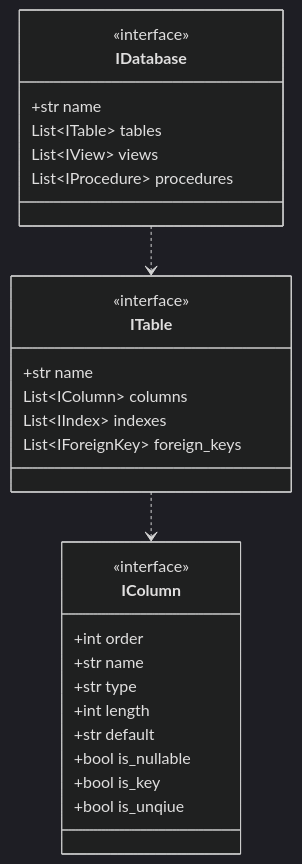
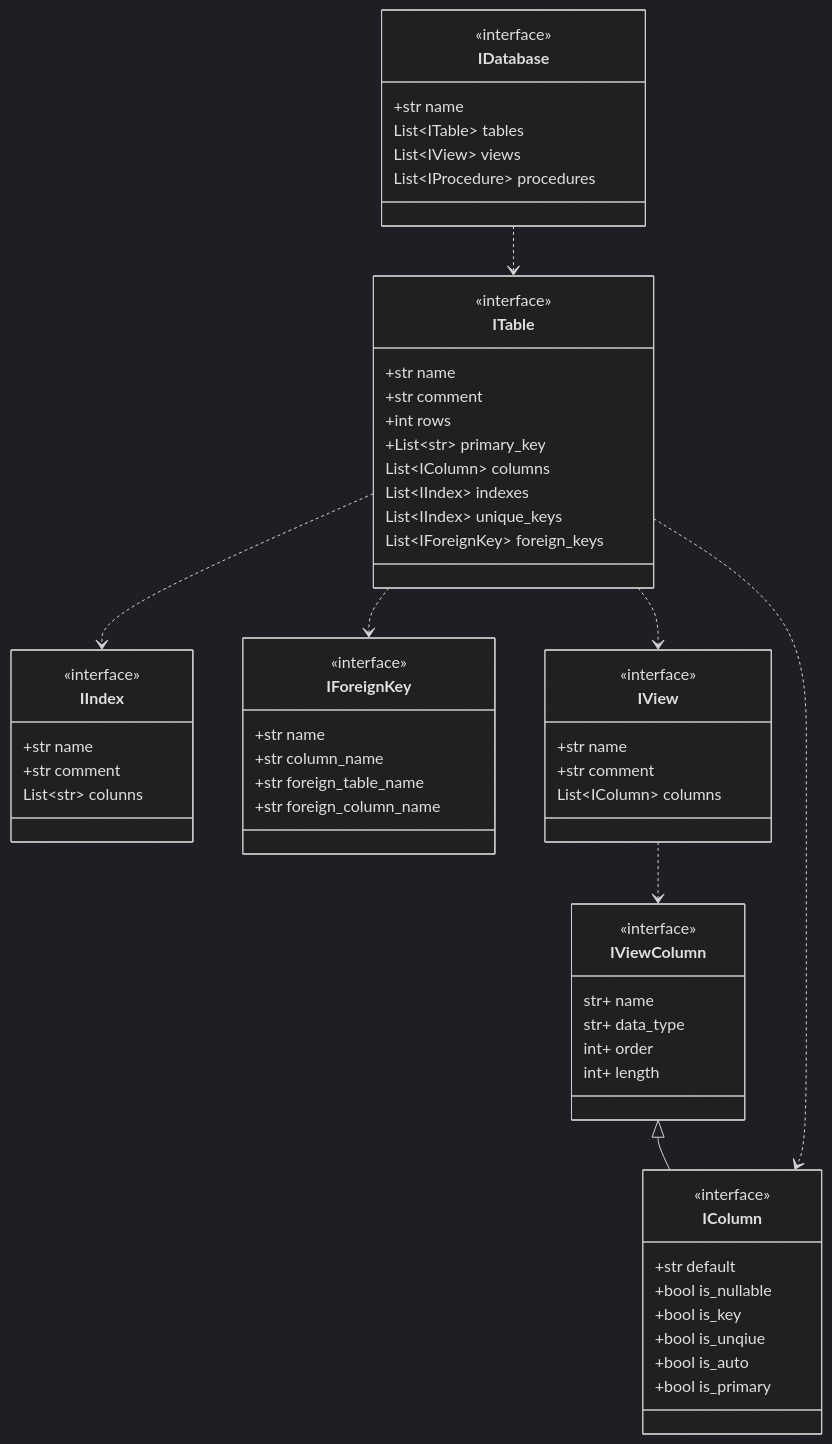
Before and after one commit to dooley-ch/hi-henry: the fifth of 6 diagrams in README.md, drawn with Mermaid (dark theme). The commit also changed other lines of this file, not shown here.

````diff
--- a/README.md
+++ b/README.md
@@ -213,34 +213,72 @@
 ```mermaid
     classDiagram
+    
+    class IViewColumn{
+        <<interface>>
+        str+ name
+        str+ data_type
+        int+ order
+        int+ length
+    }
+    
+    class IColumn{
+        <<interface>>
+        +str default
+        +bool is_nullable
+        +bool is_key
+        +bool is_unqiue
+        +bool is_auto
+        +bool is_primary
+    }   
+    
+    IViewColumn <|-- IColumn
+    
+    class IIndex{
+        <<interface>>
+        +str name
+        +str comment
+        List~str~ colunns
+    }
+    
+    class IForeignKey{
+        <<interface>>
+        +str name
+        +str column_name
+        +str foreign_table_name
+        +str foreign_column_name
+    }
     
     class ITable{
         <<interface>>
         +str name
+        +str comment
+        +int rows
+        +List~str~ primary_key
         List~IColumn~ columns
         List~IIndex~ indexes
+        List~IIndex~ unique_keys
         List~IForeignKey~ foreign_keys 
+    }
+          
+    class IView{
+        <<interface>>
+        +str name
+        +str comment
+        List~IColumn~ columns
     }
             
     class IDatabase{
         <<interface>>
         +str name
         List~ITable~ tables
         List~IView~ views
         List~IProcedure~ procedures
     }   
-    
-    class IColumn{
-        <<interface>>
-        +int order
-        +str name
-        +str type
-        +int length
-        +str default
-        +bool is_nullable
-        +bool is_key
-        +bool is_unqiue
-    }   
-            
+                
     IDatabase ..> ITable
     ITable ..> IColumn
+    ITable ..> IIndex
+    ITable ..> IForeignKey
+    IView ..> IViewColumn
+    ITable ..> IView
 ```
````
